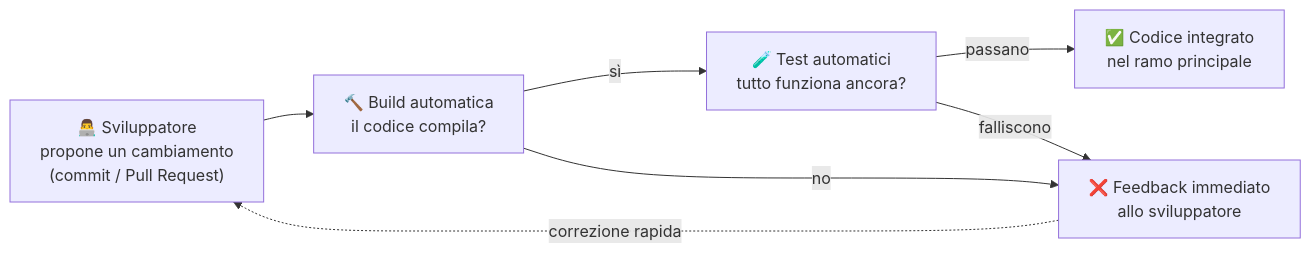
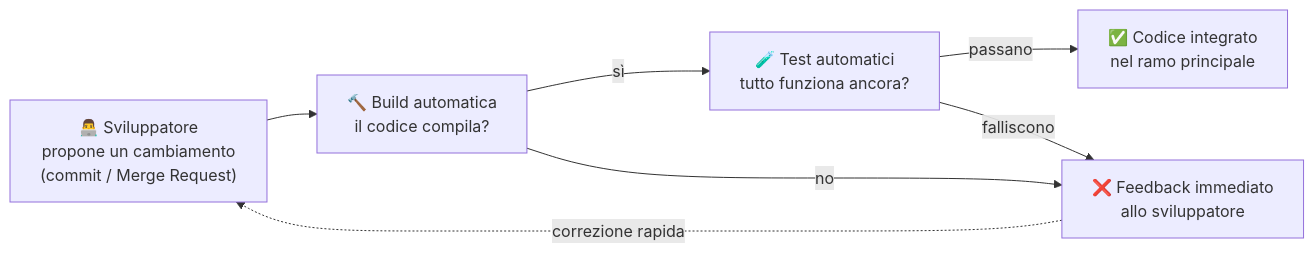
The fourth of 7 diagrams in docs/09-devops/README.md (darioschioppi/corso-onboarding-devops), drawn with Mermaid before and after one commit. The commit also changed other lines of this file and 20 other files, not shown here.

````diff
--- a/docs/09-devops/README.md
+++ b/docs/09-devops/README.md
@@ -471,9 +471,9 @@
 ```mermaid
 flowchart LR
-    A["👨‍💻 Sviluppatore<br/>propone un cambiamento<br/>(commit / Pull Request)"] --> B["🔨 Build automatica<br/>il codice compila?"]
+    A["👨‍💻 Sviluppatore<br/>propone un cambiamento<br/>(commit / Merge Request)"] --> B["🔨 Build automatica<br/>il codice compila?"]
     B -->|sì| C["🧪 Test automatici<br/>tutto funziona ancora?"]
     B -->|no| E["❌ Feedback immediato<br/>allo sviluppatore"]
     C -->|passano| D["✅ Codice integrato<br/>nel ramo principale"]
     C -->|falliscono| E
     E -.->|correzione rapida| A
 ```
````
